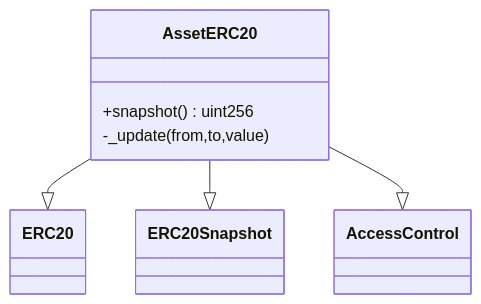
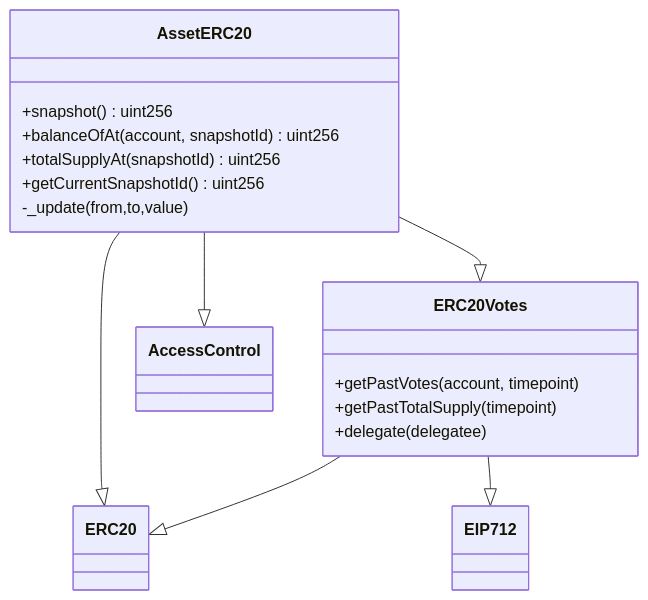
The second of 2 diagrams in docs/AssetERC20.md (faas-tech/space-markets), drawn with Mermaid before and after one commit. The commit also changed other lines of this file and 95 other files, not shown here.

First line of the commit message:
feat: enhance protocol with ERC20Snapshot integration and marketplace upgrades

````diff
--- a/docs/AssetERC20.md
+++ b/docs/AssetERC20.md
@@ -47,13 +65,23 @@
 ```mermaid
 classDiagram
   class ERC20
-  class ERC20Snapshot
+  class ERC20Votes {
+    +getPastVotes(account, timepoint)
+    +getPastTotalSupply(timepoint)
+    +delegate(delegatee)
+  }
+  class EIP712
   class AccessControl
   class AssetERC20 {
     +snapshot() uint256
+    +balanceOfAt(account, snapshotId) uint256
+    +totalSupplyAt(snapshotId) uint256
+    +getCurrentSnapshotId() uint256
     -_update(from,to,value)
   }
   AssetERC20 --|> ERC20
-  AssetERC20 --|> ERC20Snapshot
+  AssetERC20 --|> ERC20Votes
   AssetERC20 --|> AccessControl
+  ERC20Votes --|> ERC20
+  ERC20Votes --|> EIP712
 ```
````
